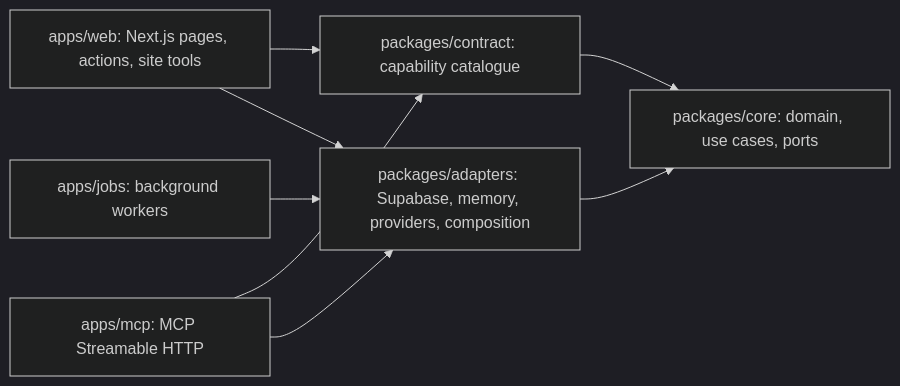
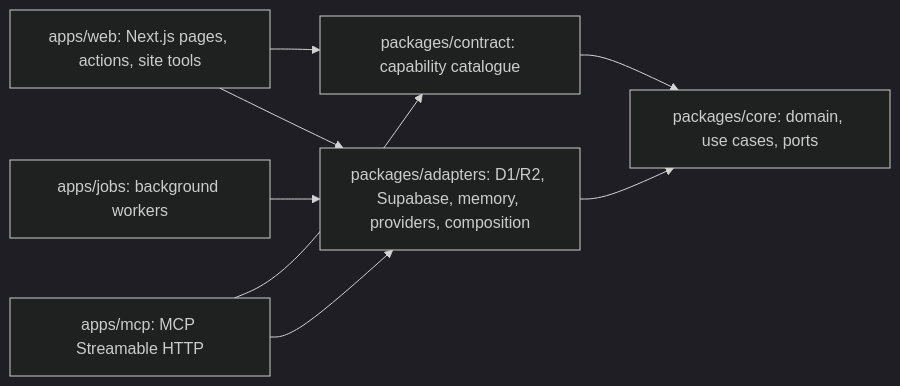
The diagram in docs/ARCHITECTURE.md (giulioleone097/ai-news-platform), drawn with Mermaid (dark theme) before and after one commit. The commit also changed other lines of this file and 89 other files, not shown here.

````diff
--- a/docs/ARCHITECTURE.md
+++ b/docs/ARCHITECTURE.md
@@ -7,10 +7,10 @@
 ```mermaid
 flowchart LR
   Web["apps/web: Next.js pages, actions, site tools"] --> Contract["packages/contract: capability catalogue"]
   MCP["apps/mcp: MCP Streamable HTTP"] --> Contract
   Jobs["apps/jobs: background workers"] --> Adapters
-  Web --> Adapters["packages/adapters: Supabase, memory, providers, composition"]
+  Web --> Adapters["packages/adapters: D1/R2, Supabase, memory, providers, composition"]
   MCP --> Adapters
   Contract --> Core["packages/core: domain, use cases, ports"]
   Adapters --> Core
 ```
````
